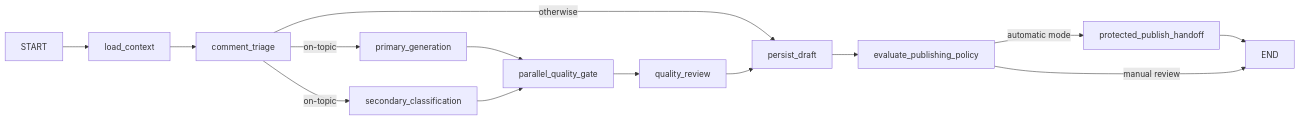
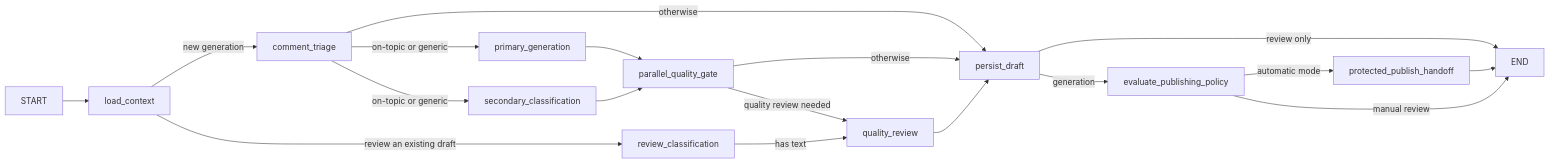
Before and after one commit to RD-blip1/ReplyAI: the third of 6 diagrams in docs/architecture.md, drawn with Mermaid. The commit also changed other lines of this file and 66 other files, not shown here.

````diff
--- a/docs/architecture.md
+++ b/docs/architecture.md
@@ -174,10 +182,17 @@
 ```mermaid
 flowchart LR
-    START --> load_context --> comment_triage
-    comment_triage -- "on-topic" --> primary_generation & secondary_classification
+    START --> load_context
+    load_context -- "new generation" --> comment_triage
+    load_context -- "review an existing draft" --> review_classification
+    comment_triage -- "on-topic or generic" --> primary_generation & secondary_classification
     comment_triage -- "otherwise" --> persist_draft
-    primary_generation & secondary_classification --> parallel_quality_gate --> quality_review
-    quality_review --> persist_draft --> evaluate_publishing_policy
+    primary_generation & secondary_classification --> parallel_quality_gate
+    parallel_quality_gate -- "quality review needed" --> quality_review
+    parallel_quality_gate -- "otherwise" --> persist_draft
+    review_classification -- "has text" --> quality_review
+    quality_review --> persist_draft
+    persist_draft -- "generation" --> evaluate_publishing_policy
+    persist_draft -- "review only" --> END
     evaluate_publishing_policy -- "automatic mode" --> protected_publish_handoff --> END
     evaluate_publishing_policy -- "manual review" --> END
 ```
````
